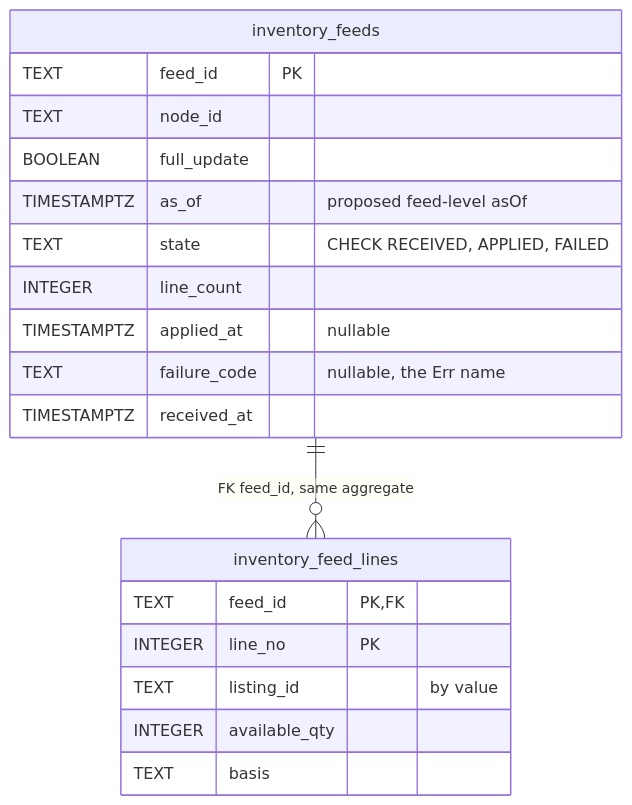
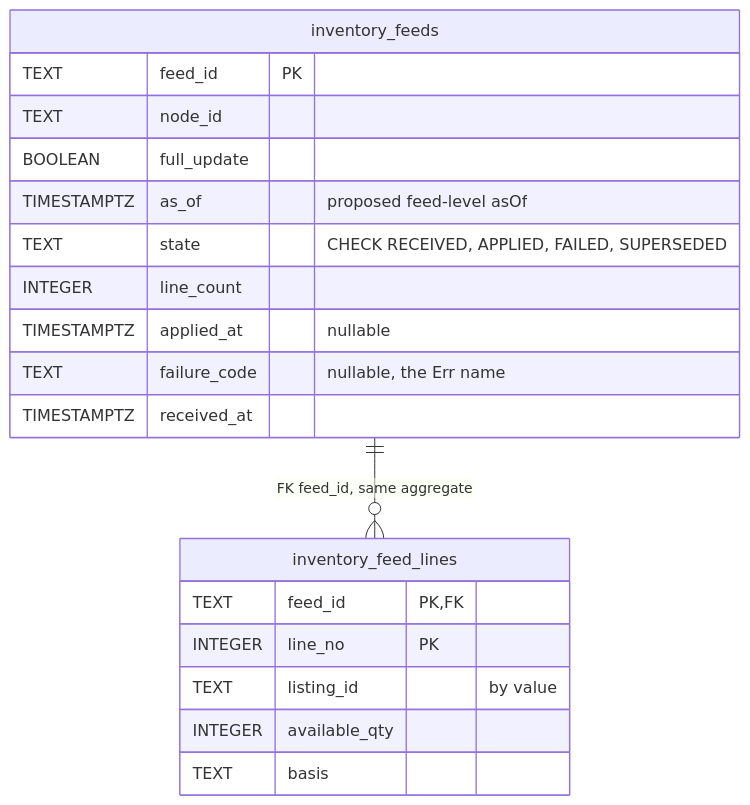
One commit to IQVO/warehouse-docs changed the second of 3 diagrams in network/docs/contexts/offer-availability/entity-relationship.md. Above: the diagram before and after it, drawn with Mermaid. The commit also changed 10 other files, not shown here.

````diff
--- a/network/docs/contexts/offer-availability/entity-relationship.md
+++ b/network/docs/contexts/offer-availability/entity-relationship.md
@@ -65,23 +65,23 @@
 ```mermaid
 erDiagram
     direction TB
     inventory_feeds ||--o{ inventory_feed_lines : "FK feed_id, same aggregate"
     inventory_feeds {
         TEXT feed_id PK
         TEXT node_id
         BOOLEAN full_update
         TIMESTAMPTZ as_of "proposed feed-level asOf"
-        TEXT state "CHECK RECEIVED, APPLIED, FAILED"
+        TEXT state "CHECK RECEIVED, APPLIED, FAILED, SUPERSEDED"
         INTEGER line_count
         TIMESTAMPTZ applied_at "nullable"
         TEXT failure_code "nullable, the Err name"
         TIMESTAMPTZ received_at
     }
     inventory_feed_lines {
         TEXT feed_id PK,FK
         INTEGER line_no PK
         TEXT listing_id "by value"
         INTEGER available_qty
         TEXT basis
     }
 ```
````
